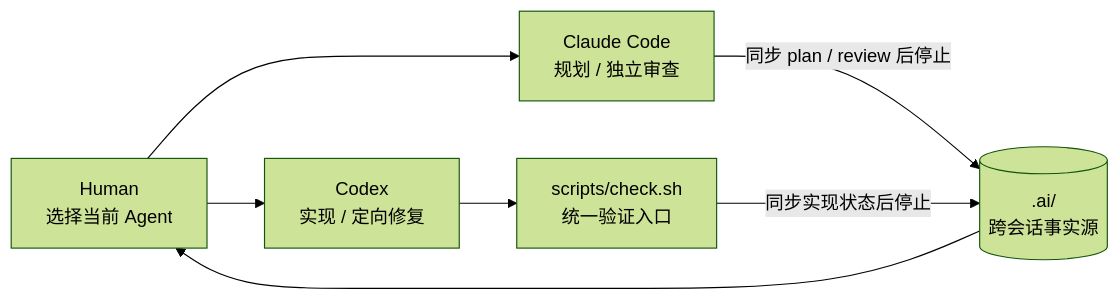
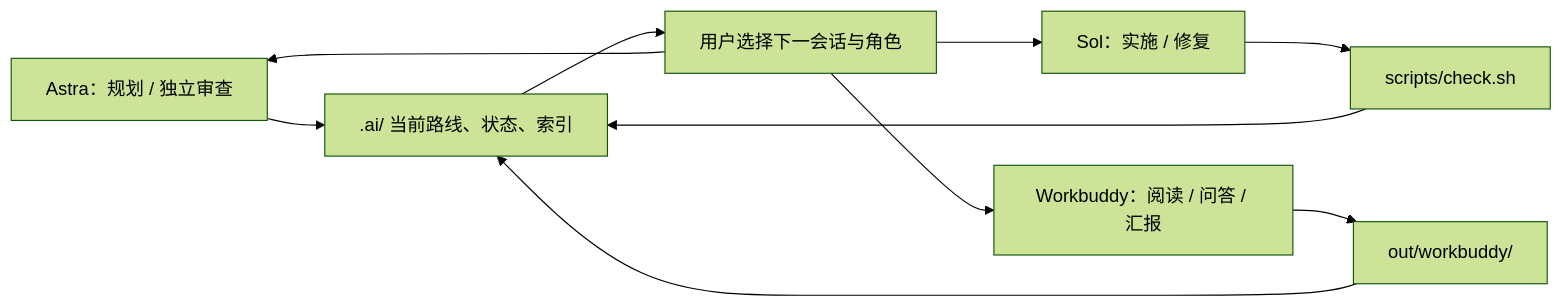
One commit to zosea231/jiaojie changed the diagram in README.md. Above: the diagram before and after it, drawn with Mermaid (forest theme). The commit also changed other lines of this file and 37 other files, not shown here.

````diff
--- a/README.md
+++ b/README.md
@@ -44,15 +55,10 @@
 ```mermaid
 flowchart LR
-    H["Human<br/>选择当前 Agent"]
-    C["Claude Code<br/>规划 / 独立审查"]
-    X["Codex<br/>实现 / 定向修复"]
-    D[(".ai/<br/>跨会话事实源")]
-    V["scripts/check.sh<br/>统一验证入口"]
-
-    H --> C
-    C -->|同步 plan / review 后停止| D
-    D --> H
-    H --> X
-    X --> V
-    V -->|同步实现状态后停止| D
+    P["Astra：规划 / 独立审查"] --> D[".ai/ 当前路线、状态、索引"]
+    E["Sol：实施 / 修复"] --> C["scripts/check.sh"] --> D
+    W["Workbuddy：阅读 / 问答 / 汇报"] --> O["out/workbuddy/"] --> D
+    D --> H["用户选择下一会话与角色"]
+    H --> P
+    H --> E
+    H --> W
 ```
````
